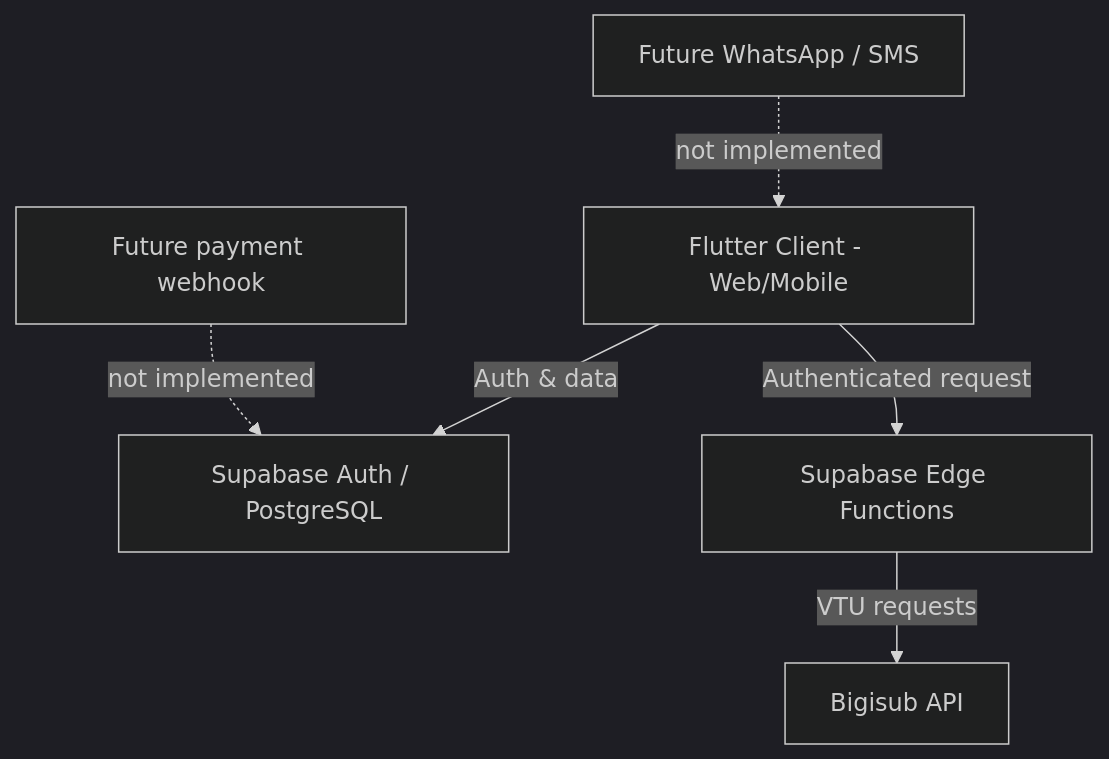
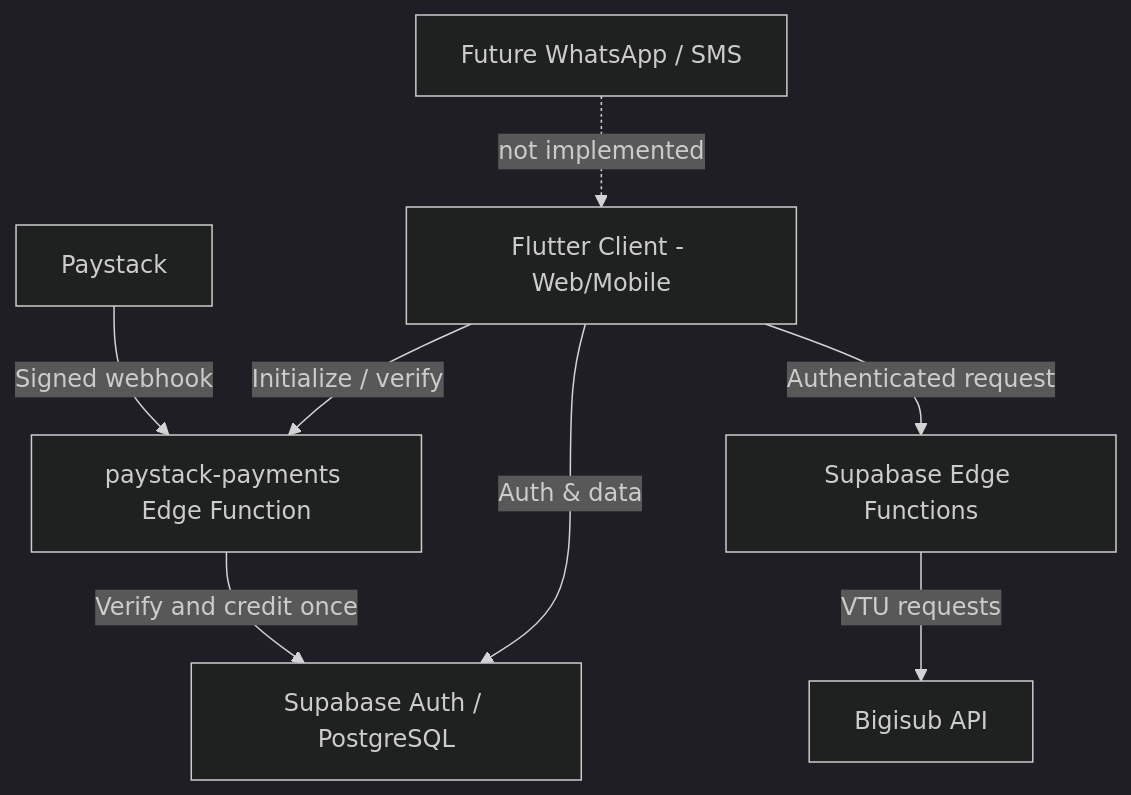
One commit to Adevictorolu/Avotek changed the diagram in docs/production_readiness_guide.md. Above: the diagram before and after it, drawn with Mermaid (dark theme). The commit also changed other lines of this file and 6 other files, not shown here.

First line of the commit message:
feat(payments): add verified Paystack wallet funding

````diff
--- a/docs/production_readiness_guide.md
+++ b/docs/production_readiness_guide.md
@@ -30,8 +30,10 @@
 ```mermaid
 graph TD
     Client[Flutter Client - Web/Mobile] -->|Auth & data| Supabase[Supabase Auth / PostgreSQL]
     Client -->|Authenticated request| Edge[Supabase Edge Functions]
     Edge -->|VTU requests| Bigisub[Bigisub API]
-    FuturePay[Future payment webhook] -. not implemented .-> Supabase
+    Client -->|Initialize / verify| PaystackFn[paystack-payments Edge Function]
+    Paystack -->|Signed webhook| PaystackFn
+    PaystackFn -->|Verify and credit once| Supabase
     FutureNotify[Future WhatsApp / SMS] -. not implemented .-> Client
 ```
````
